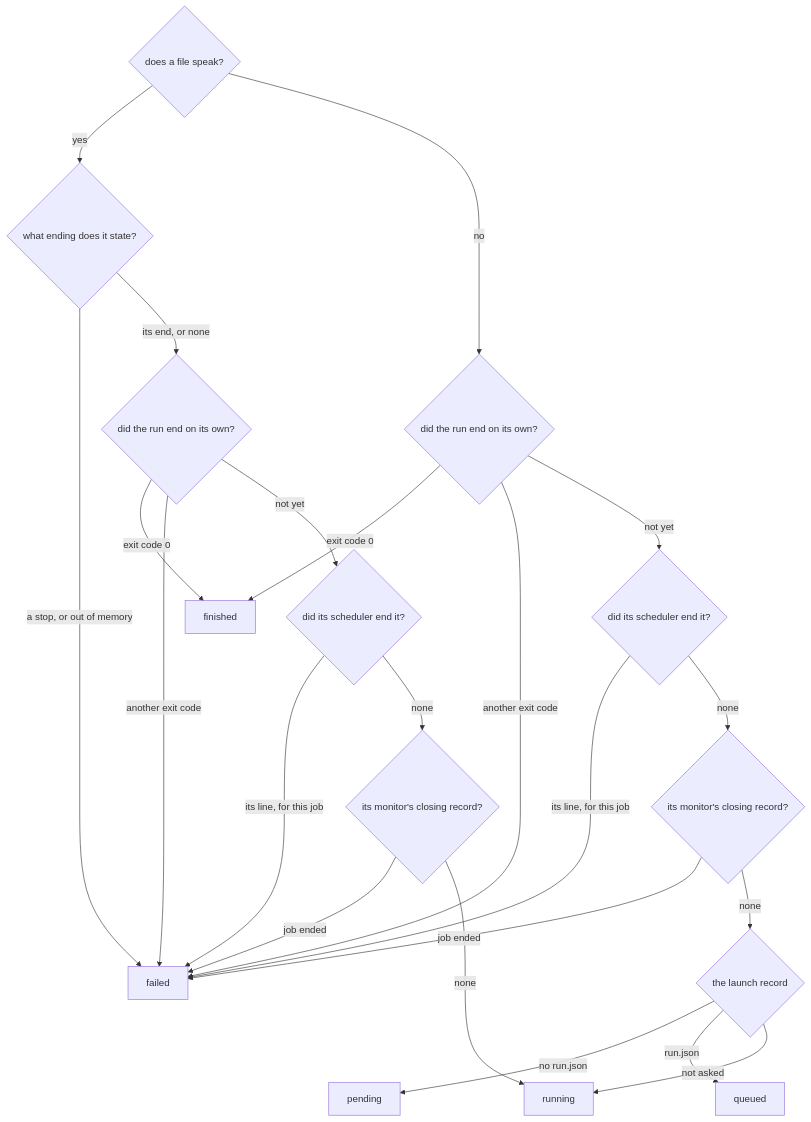
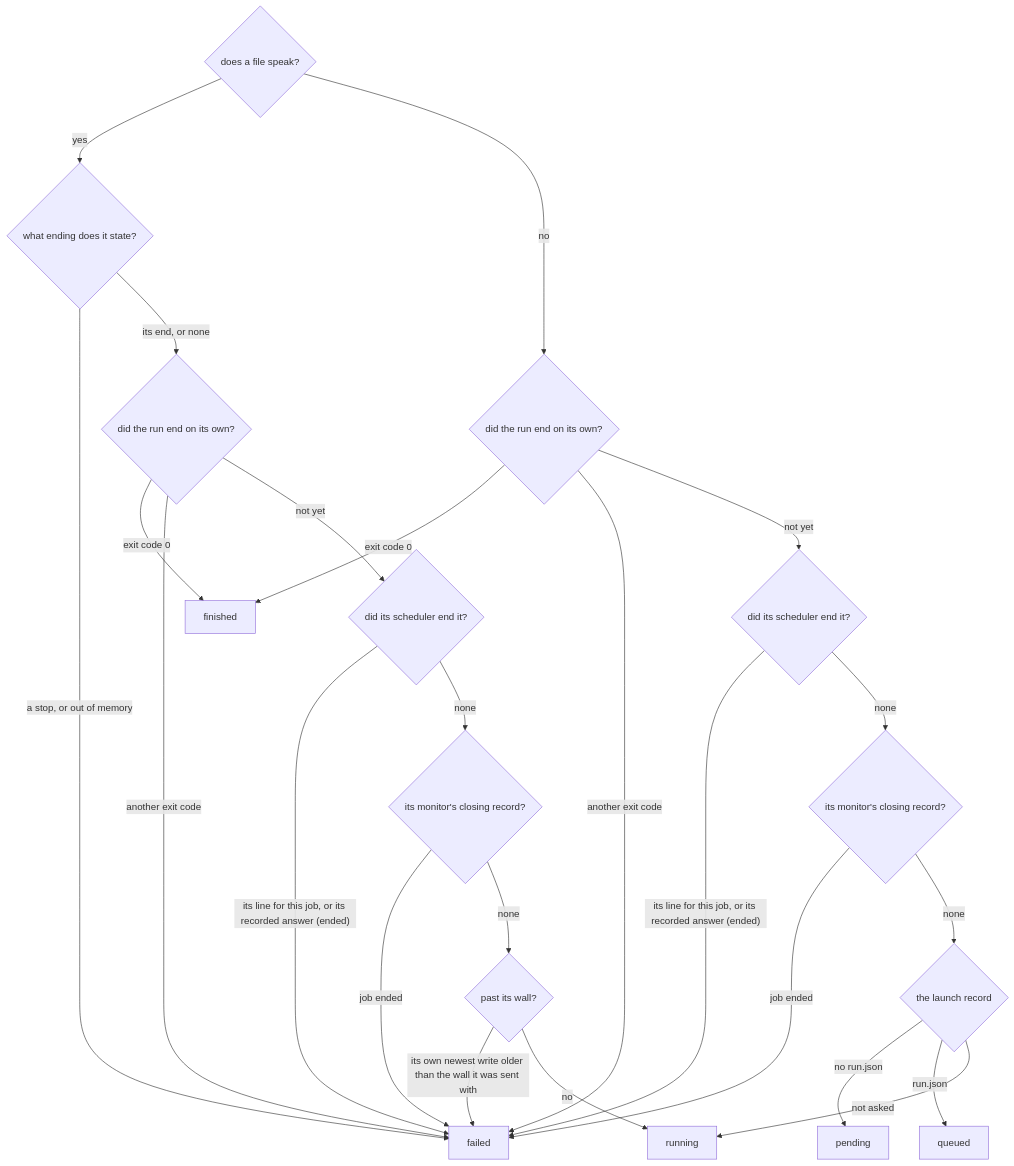
Before and after one commit to Qing-LAB/molbuilder: the third of 6 diagrams in docs/execution/running-a-job.md, drawn with Mermaid. The commit also changed other lines of this file and 18 other files, not shown here.

````diff
--- a/docs/execution/running-a-job.md
+++ b/docs/execution/running-a-job.md
@@ -717,24 +719,26 @@
 ```mermaid
 flowchart TD
     S{"does a file speak?"} -->|"yes"| E{"what ending does it state?"}
     E -->|"a stop, or out of memory"| FAIL["failed"]
     E -->|"its end, or none"| C{"did the run end on its own?"}
     C -->|"exit code 0"| FIN["finished"]
     C -->|"another exit code"| FAIL
     C -->|"not yet"| K{"did its scheduler end it?"}
-    K -->|"its line, for this job"| FAIL
+    K -->|"its line for this job, or its recorded answer (ended)"| FAIL
     K -->|"none"| G{"its monitor's closing record?"}
     G -->|"job ended"| FAIL
-    G -->|"none"| RUN["running"]
+    G -->|"none"| W{"past its wall?"}
+    W -->|"its own newest write older than the wall it was sent with"| FAIL
+    W -->|"no"| RUN["running"]
     S -->|"no"| C2{"did the run end on its own?"}
     C2 -->|"exit code 0"| FIN
     C2 -->|"another exit code"| FAIL
     C2 -->|"not yet"| K2{"did its scheduler end it?"}
-    K2 -->|"its line, for this job"| FAIL
+    K2 -->|"its line for this job, or its recorded answer (ended)"| FAIL
     K2 -->|"none"| G2{"its monitor's closing record?"}
     G2 -->|"job ended"| FAIL
     G2 -->|"none"| L{"the launch record"}
     L -->|"no run.json"| PEN["pending"]
     L -->|"run.json"| Q["queued"]
     L -->|"not asked"| RUN
 ```
````
